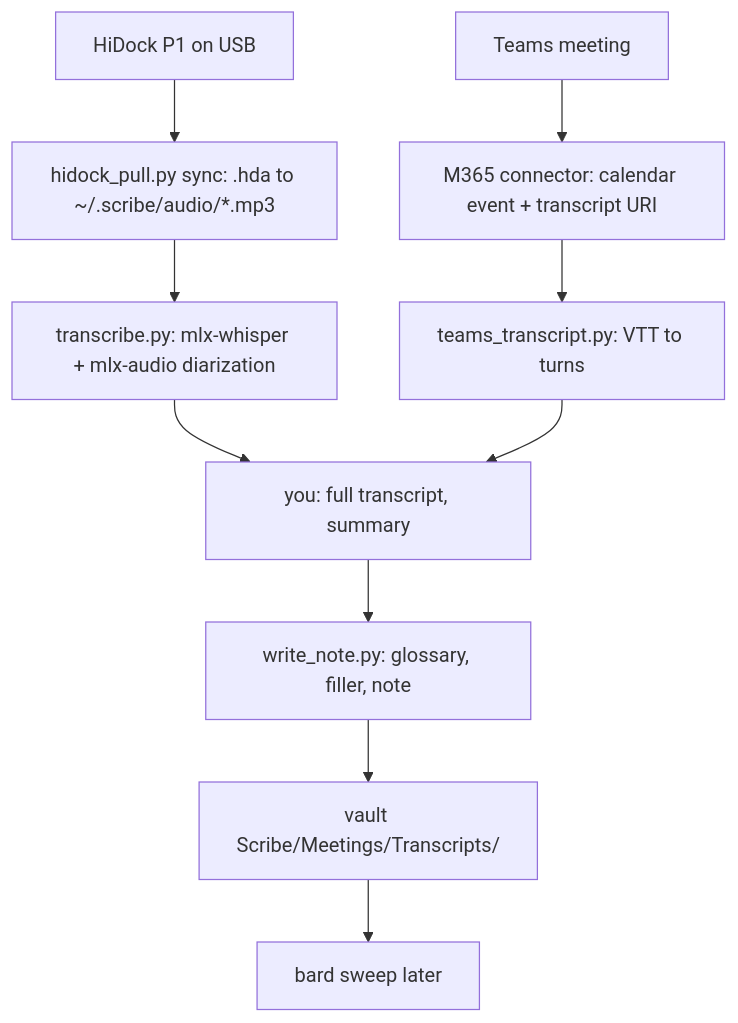
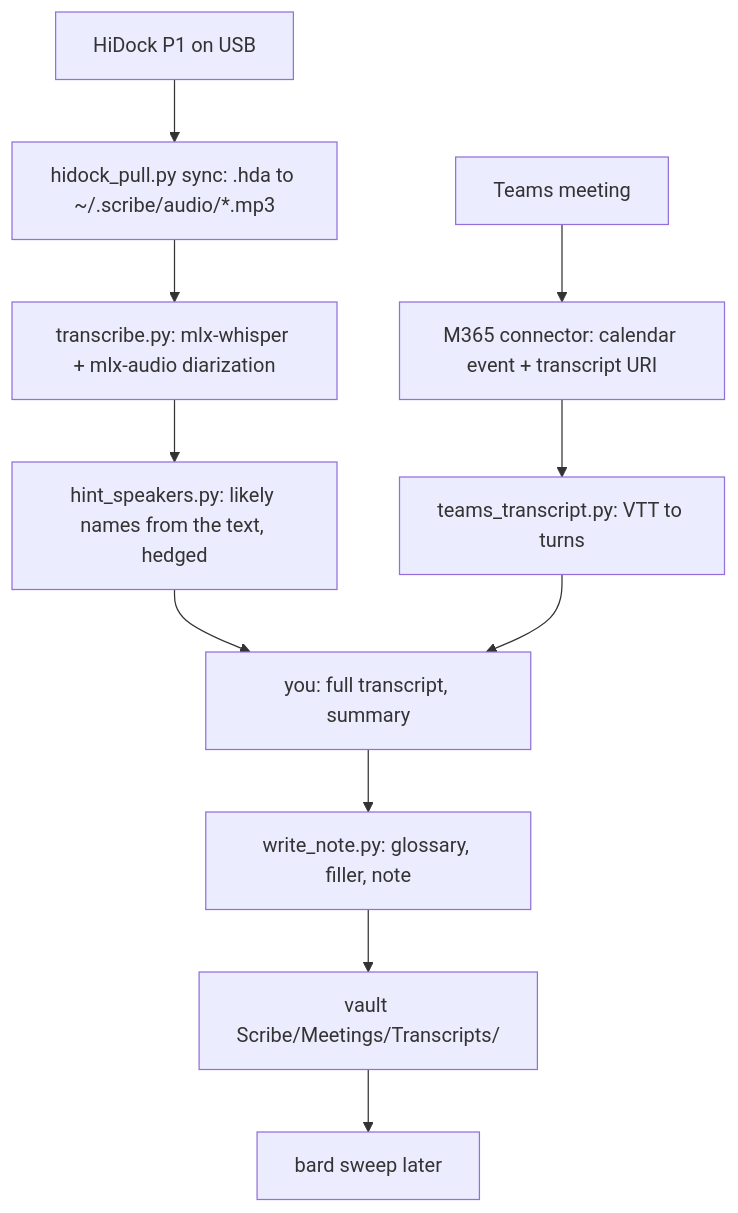
The diagram in scribe/SKILL.md (acastro2/alex-skills), drawn with Mermaid before and after one commit. The commit also changed other lines of this file and 4 other files, not shown here.

````diff
--- a/scribe/SKILL.md
+++ b/scribe/SKILL.md
@@ -22,12 +22,13 @@
 ```mermaid
 graph TD
   T[Teams meeting] --> T2[M365 connector: calendar event + transcript URI]
   T2 --> P1[teams_transcript.py: VTT to turns]
   H[HiDock P1 on USB] --> H2[hidock_pull.py sync: .hda to ~/.scribe/audio/*.mp3]
   H2 --> H3[transcribe.py: mlx-whisper + mlx-audio diarization]
-  H3 --> C[you: full transcript, summary]
+  H3 --> H4[hint_speakers.py: likely names from the text, hedged]
+  H4 --> C[you: full transcript, summary]
   P1 --> C
   C --> W[write_note.py: glossary, filler, note]
   W --> O[vault Scribe/Meetings/Transcripts/]
   O --> B[bard sweep later]
 ```
````
